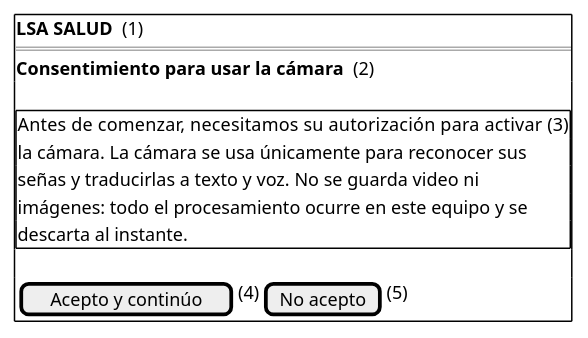
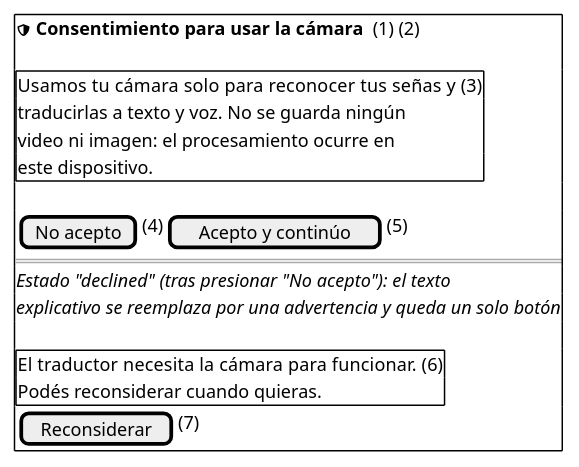
The diagram in docs/diagramas/04_mockup_p05_consentimiento.puml (santinohamada/Nexora), drawn with PlantUML before and after one commit. The commit also changed 38 other files, not shown here.

```diff
--- a/docs/diagramas/04_mockup_p05_consentimiento.puml
+++ b/docs/diagramas/04_mockup_p05_consentimiento.puml
@@ -1,17 +1,23 @@
 @startsalt 04_mockup_p05_consentimiento
 {+
-  <b>LSA SALUD</b>  (1)
-  ==
-  <b>Consentimiento para usar la cámara</b>  (2)
+  <&shield> <b>Consentimiento para usar la cámara</b>  (1) (2)
   .
   {+
-  Antes de comenzar, necesitamos su autorización para activar   (3)
-  la cámara. La cámara se usa únicamente para reconocer sus
-  señas y traducirlas a texto y voz. No se guarda video ni
-  imágenes: todo el procesamiento ocurre en este equipo y se
-  descarta al instante.
+  Usamos tu cámara solo para reconocer tus señas y   (3)
+  traducirlas a texto y voz. No se guarda ningún
+  video ni imagen: el procesamiento ocurre en
+  este dispositivo.
   }
   .
-  { [Acepto y continúo] | (4) | [No acepto] | (5) }
+  { [No acepto] | (4) | [Acepto y continúo] | (5) }
+  ==
+  <i>Estado "declined" (tras presionar "No acepto"): el texto</i>
+  <i>explicativo se reemplaza por una advertencia y queda un solo botón</i>
+  .
+  {+
+  El traductor necesita la cámara para funcionar.  (6)
+  Podés reconsiderar cuando quieras.
+  }
+  { [Reconsiderar] | (7) }
 }
 @endsalt
```
